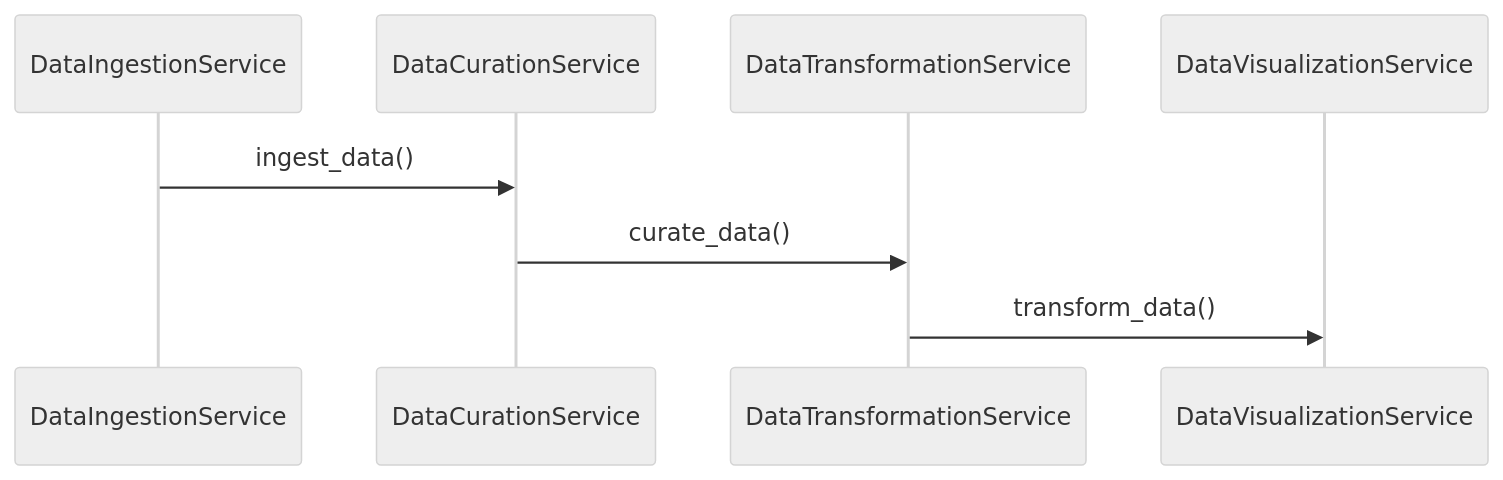
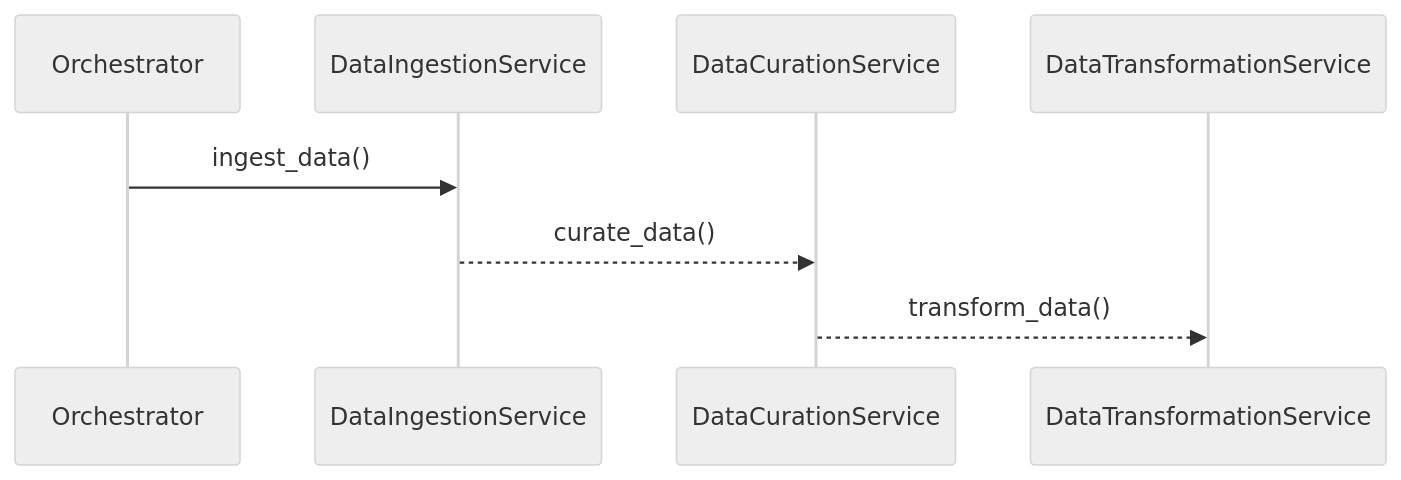
The second of 2 diagrams in docs/sdd.md (selin-k/bi_report_project), drawn with Mermaid (neutral theme) before and after one commit. The commit also changed other lines of this file and 4 other files, not shown here.

````diff
--- a/docs/sdd.md
+++ b/docs/sdd.md
@@ -50,11 +46,11 @@
 ```mermaid
 sequenceDiagram
-    participant Ingestion as DataIngestionService
-    participant Curation as DataCurationService
-    participant Transformation as DataTransformationService
-    participant Visualization as DataVisualizationService
+    participant Orchestrator as Orchestrator
+    participant DataIngestion as DataIngestionService
+    participant DataCuration as DataCurationService
+    participant DataTransformation as DataTransformationService
 
-    Ingestion->>Curation: ingest_data()
-    Curation->>Transformation: curate_data()
-    Transformation->>Visualization: transform_data()
+    Orchestrator->>DataIngestion: ingest_data()
+    DataIngestion-->>DataCuration: curate_data()
+    DataCuration-->>DataTransformation: transform_data()
 ```
````
